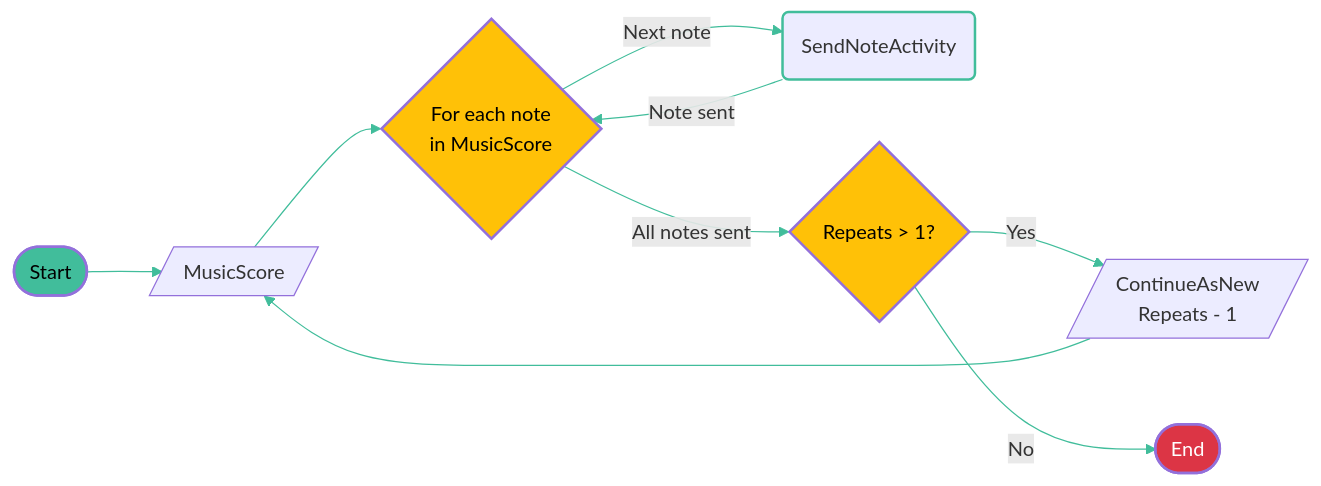
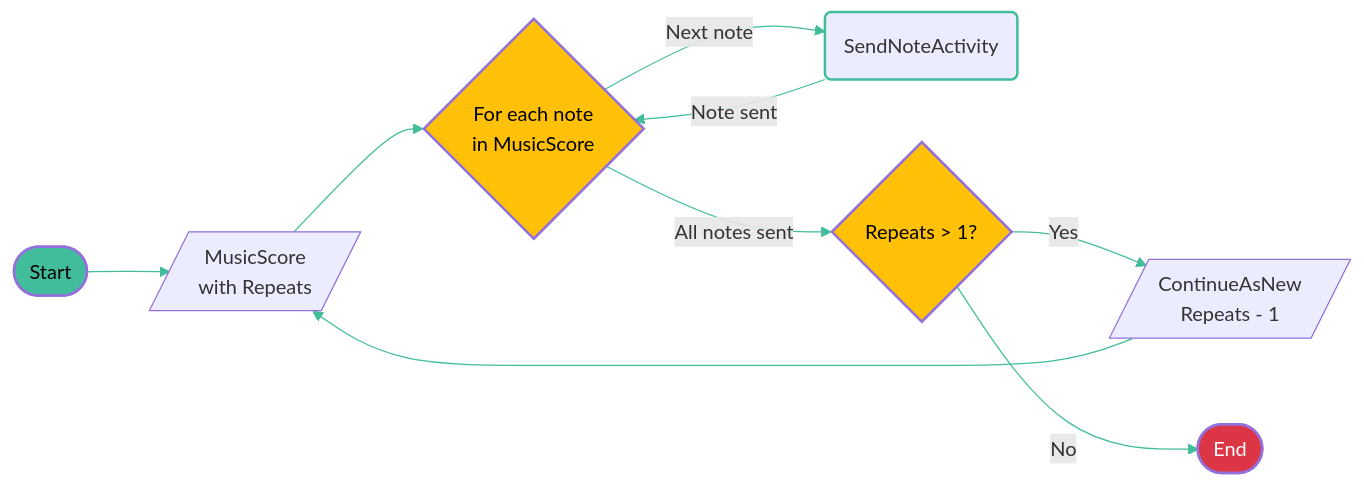
The diagram in .demo/slides/03-tech-setup/04a-music-workflow-v2-diagram.md (diagrid-labs/dapr-workflow-concerto), drawn with Mermaid before and after one commit. The commit also changed other lines of this file and 9 other files, not shown here.

````diff
--- a/.demo/slides/03-tech-setup/04a-music-workflow-v2-diagram.md
+++ b/.demo/slides/03-tech-setup/04a-music-workflow-v2-diagram.md
@@ -7,20 +7,21 @@
 ```mermaid
 flowchart LR
-    Start([Start]) --> Input[/MusicScore/]
+    Start([Start]) --> Input[/MusicScore
+    with Repeats/]
     Input --> Loop{For each note
     in MusicScore}
     Loop -->|Next note| Activity(SendNoteActivity)
     Activity -->|Note sent| Loop
     Loop -->|All notes sent| Repeats{Repeats > 1?}
     Repeats -->|Yes| ContinueAsNew[/ContinueAsNew
     Repeats - 1/]
     ContinueAsNew --> Input
     Repeats -->|No| Complete([End])
 
     style Start fill:#41bd9b,color:#000000,stroke-width:2px
     style Complete fill:#dc3545,color:#ffffff,stroke-width:2px
     style Loop fill:#ffc107,color:#000000,stroke-width:2px
     style Repeats fill:#ffc107,color:#000000,stroke-width:2px
     style Activity stroke:#41bd9b,stroke-width:2px
     linkStyle default stroke:#41bd9b,stroke-width:1px
 ```
````
